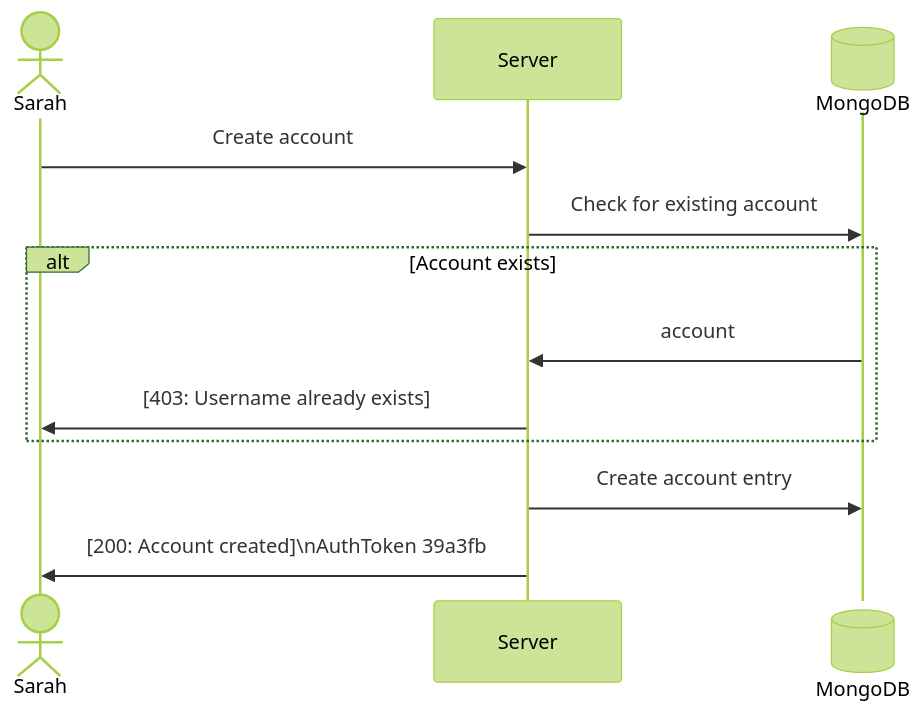
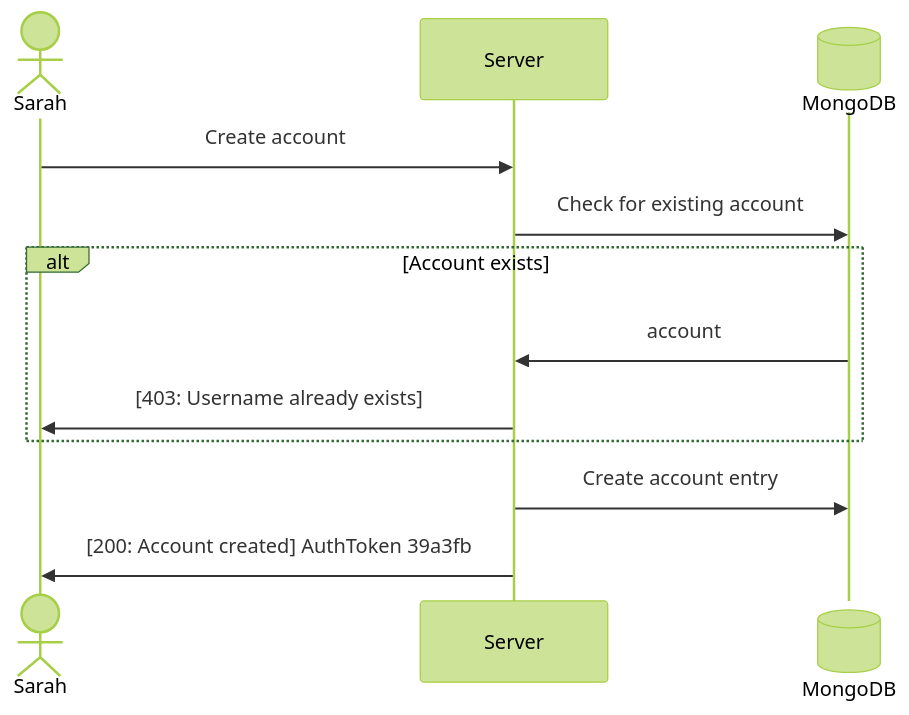
The first of 2 diagrams in README.md (KenTheScientist/startup), drawn with Mermaid (forest theme) before and after one commit. The commit also changed other lines of this file, not shown here.

````diff
--- a/README.md
+++ b/README.md
@@ -37,15 +39,15 @@
 ```mermaid
 sequenceDiagram
     actor Sarah
     participant Server
     participant MongoDB@{ "type" : "database" }
 
     Sarah ->> Server: Create account
     Server ->> MongoDB: Check for existing account
     alt Account exists
         MongoDB ->> Server: account
         Server ->> Sarah: [403: Username already exists]
     end
     Server ->> MongoDB: Create account entry
-    Server ->> Sarah: [200: Account created]\nAuthToken 39a3fb
+    Server ->> Sarah: [200: Account created] AuthToken 39a3fb
 ```
````
